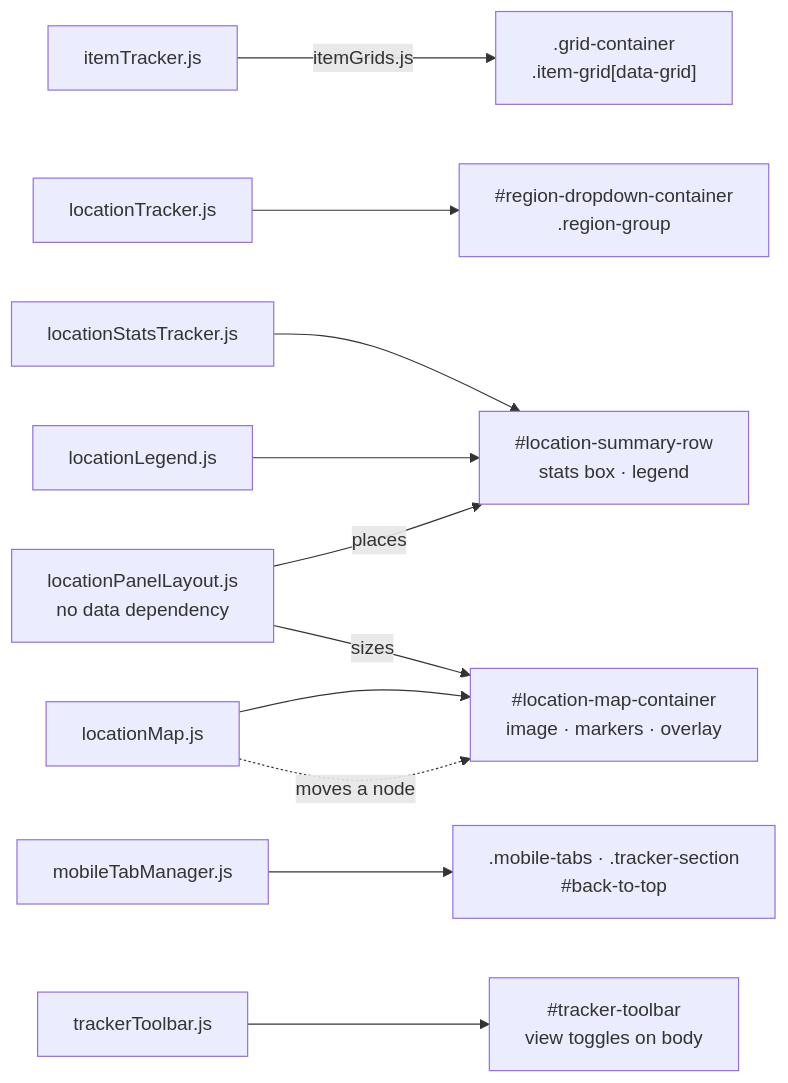
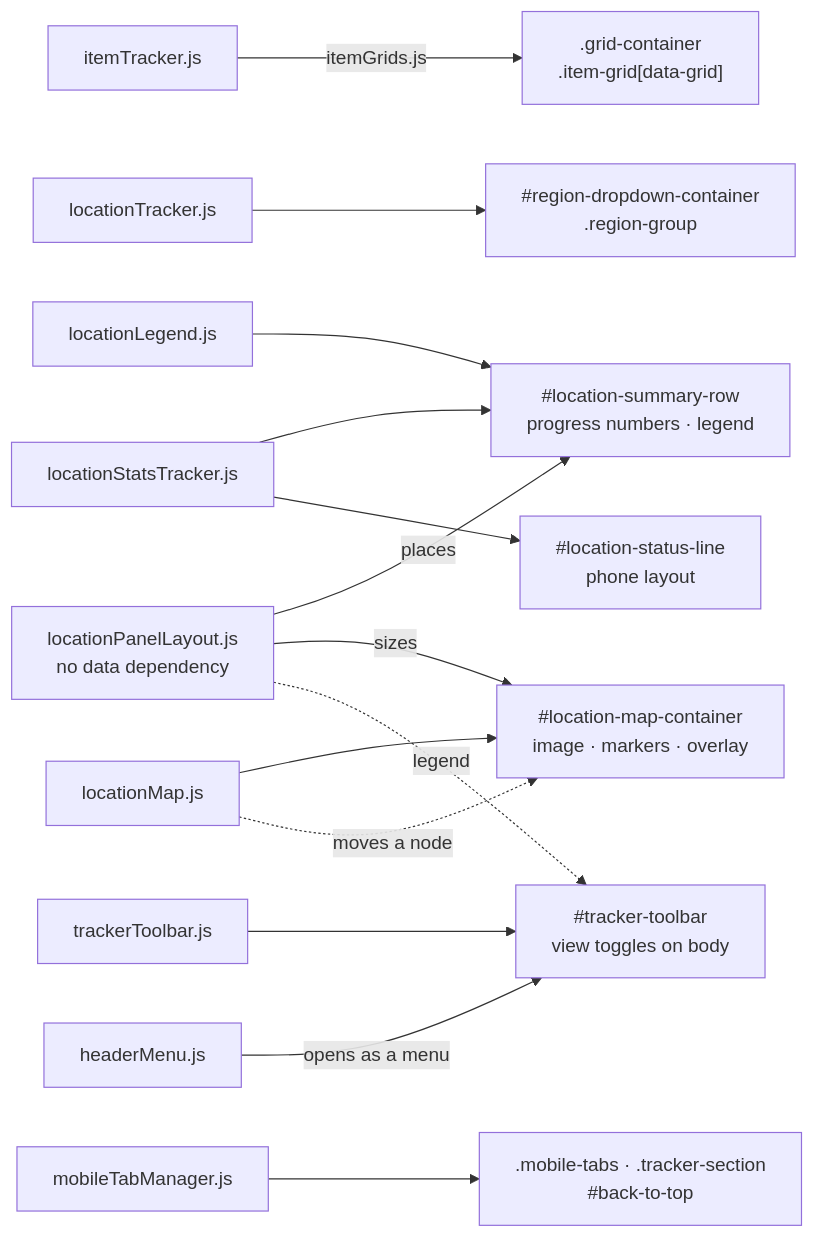
The eighth of 20 diagrams in documentation/architecture-diagram.md (GonzaloJMora/mm3drTracker), drawn with Mermaid before and after one commit. The commit also changed other lines of this file and 72 other files, not shown here.

Commit message:
Release v0.15.0: Save and load progress, offline, header redesign, and some bugfixes

````diff
--- a/documentation/architecture-diagram.md
+++ b/documentation/architecture-diagram.md
@@ -117,30 +207,35 @@
 ```mermaid
 %%{init: {"flowchart": {"wrappingWidth": 280}}}%%
 flowchart LR
     IT["itemTracker.js"]
     LT["locationTracker.js"]
     LST["locationStatsTracker.js"]
     LEG["locationLegend.js"]
     LPL["locationPanelLayout.js<br/>no data dependency"]
     LM["locationMap.js"]
     MTM["mobileTabManager.js"]
     TB["trackerToolbar.js"]
+    HM["headerMenu.js"]
 
     G[".grid-container<br/>.item-grid[data-grid]"]
     RDC["#region-dropdown-container<br/>.region-group"]
-    SB["#location-summary-row<br/>stats box · legend"]
+    SB["#location-summary-row<br/>progress numbers · legend"]
     MC["#location-map-container<br/>image · markers · overlay"]
     TABS[".mobile-tabs · .tracker-section<br/>#back-to-top"]
     HDR["#tracker-toolbar<br/>view toggles on body"]
+    SL["#location-status-line<br/>phone layout"]
 
     IT -- "itemGrids.js" --> G
     LT --> RDC
     LST --> SB
     LEG --> SB
     LPL -- "places" --> SB
     LPL -- "sizes" --> MC
     LM --> MC
     LM -. "moves a node" .-> MC
     MTM --> TABS
     TB --> HDR
+    HM -- "opens as a menu" --> HDR
+    LPL -. "legend" .-> HDR
+    LST --> SL
 ```
````
